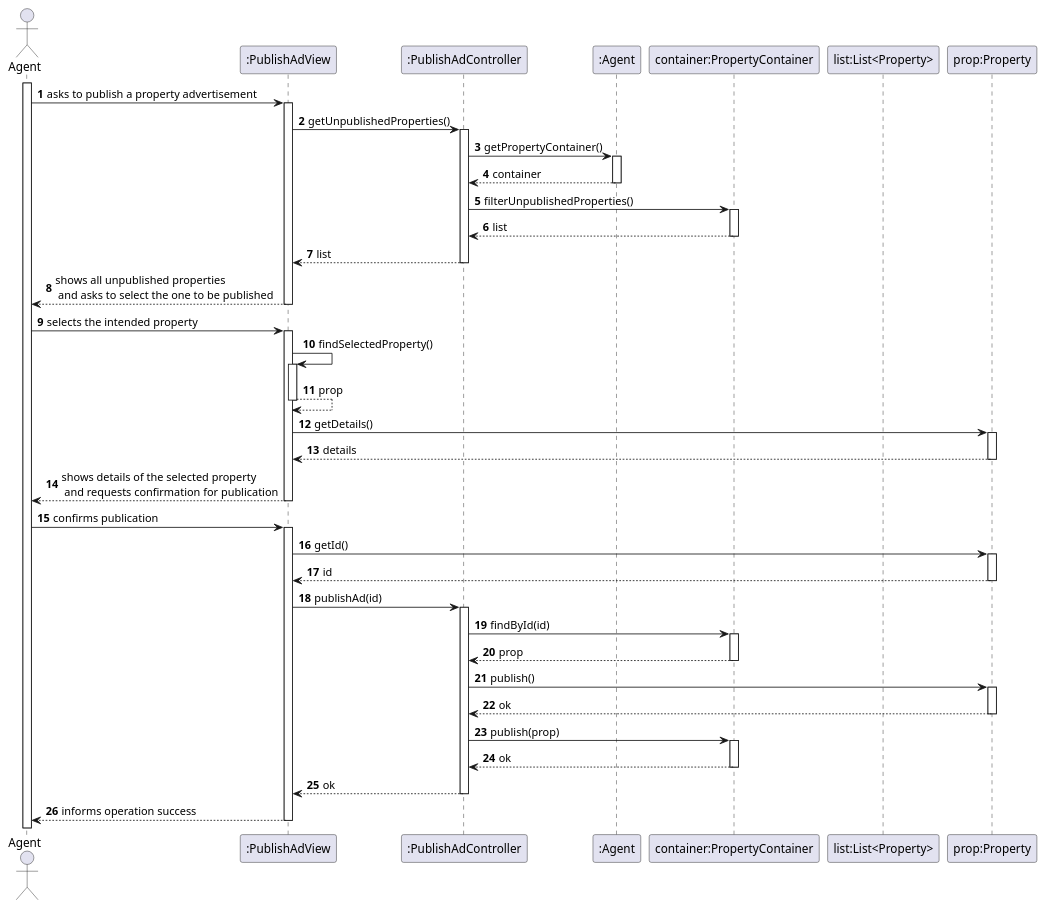
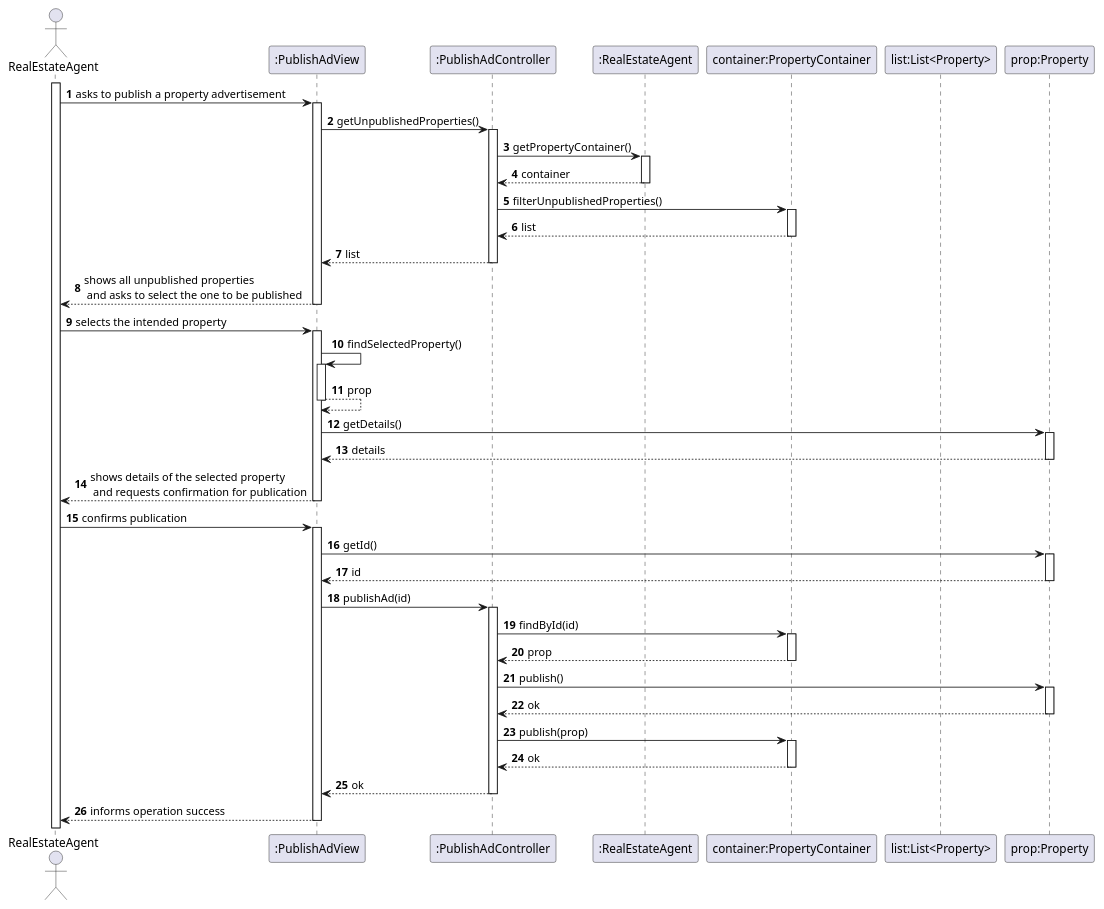
The diagram in docs/Sprint3/US40/US40-SD.puml (goncalomaia18/leti-esoft-24-25-A2), drawn with PlantUML before and after one commit. The commit also changed 30 other files, not shown here.

```diff
--- a/docs/Sprint3/US40/US40-SD.puml
+++ b/docs/Sprint3/US40/US40-SD.puml
@@ -1,46 +1,46 @@
 @startuml
 'https://plantuml.com/sequence-diagram
 
 autoactivate on
 autonumber
 
-actor "Agent" as User
+actor "RealEstateAgent" as User
 participant ":PublishAdView" as System
 participant ":PublishAdController" as Ctrl
-participant ":Agent" as Agent
+participant ":RealEstateAgent" as Agent
 participant "container:PropertyContainer" as Container
 participant "list:List<Property>" as List
 participant "prop:Property" as Property
 
 activate User
 
 User -> System: asks to publish a property advertisement
 System -> Ctrl: getUnpublishedProperties()
 Ctrl -> Agent: getPropertyContainer()
 Agent --> Ctrl: container
 Ctrl -> Container: filterUnpublishedProperties()
 Container --> Ctrl: list
 Ctrl --> System: list
 System --> User: shows all unpublished properties \n and asks to select the one to be published
 
 User -> System: selects the intended property
 System -> System: findSelectedProperty()
 System --> System: prop
 System -> Property: getDetails()
 Property --> System: details
 System --> User: shows details of the selected property \n and requests confirmation for publication
 
 User -> System: confirms publication
 System -> Property: getId()
 Property --> System: id
 System -> Ctrl: publishAd(id)
 Ctrl -> Container: findById(id)
 Container --> Ctrl: prop
 Ctrl -> Property: publish()
 Property --> Ctrl: ok
 Ctrl -> Container: publish(prop)
 Container --> Ctrl: ok
 Ctrl --> System: ok
 System --> User: informs operation success
 
 @enduml
```
